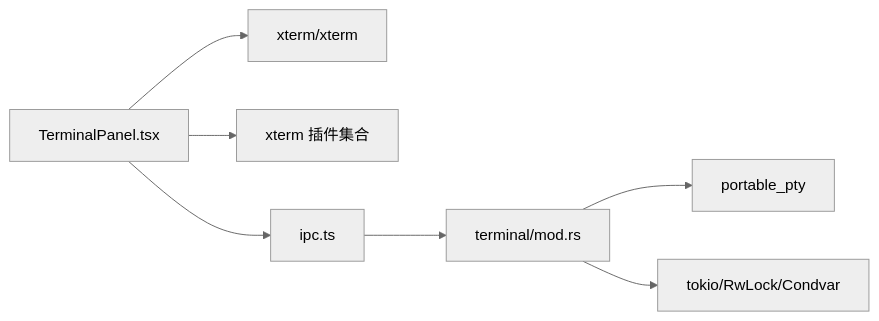
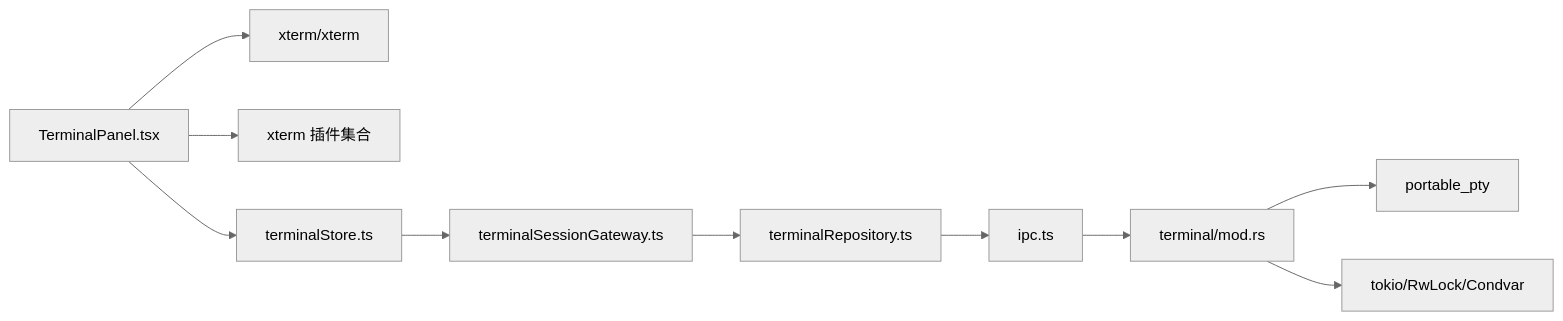
One commit to yattin/panes changed the seventh of 7 diagrams in .qoder/repowiki/zh/content/核心功能/终端集成.md. Above: the diagram before and after it, drawn with Mermaid (neutral theme). The commit also changed other lines of this file and 45 other files, not shown here.

````diff
--- a/.qoder/repowiki/zh/content/核心功能/终端集成.md
+++ b/.qoder/repowiki/zh/content/核心功能/终端集成.md
@@ -350,9 +446,12 @@
 ```mermaid
 graph LR
 TP["TerminalPanel.tsx"] --> X["xterm/xterm"]
 TP --> Addons["xterm 插件集合"]
-TP --> IPC["ipc.ts"]
+TP --> Store["terminalStore.ts"]
+Store --> Gateway["terminalSessionGateway.ts"]
+Gateway --> Repo["terminalRepository.ts"]
+Repo --> IPC["ipc.ts"]
 IPC --> TM["terminal/mod.rs"]
 TM --> PTY["portable_pty"]
 TM --> Tokio["tokio/RwLock/Condvar"]
 ```
````
